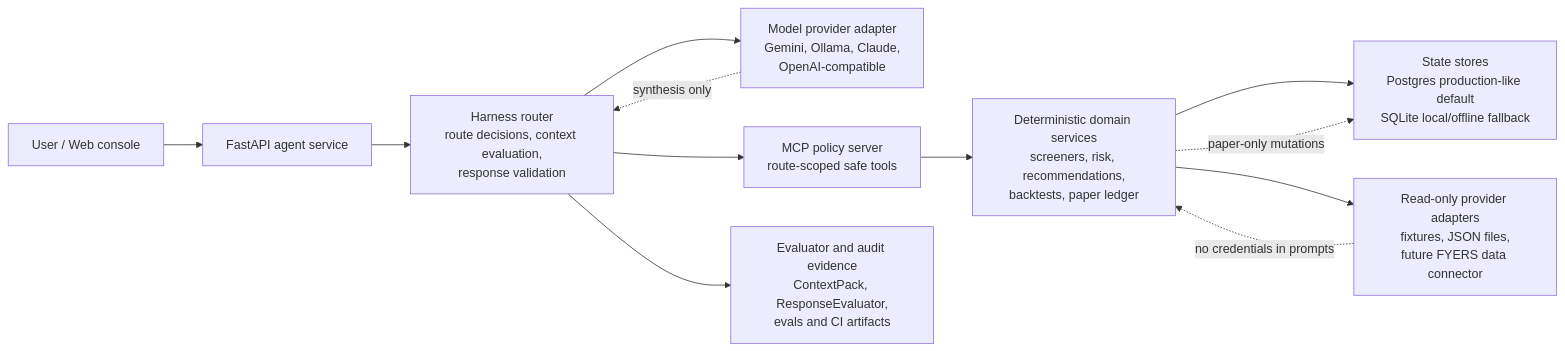
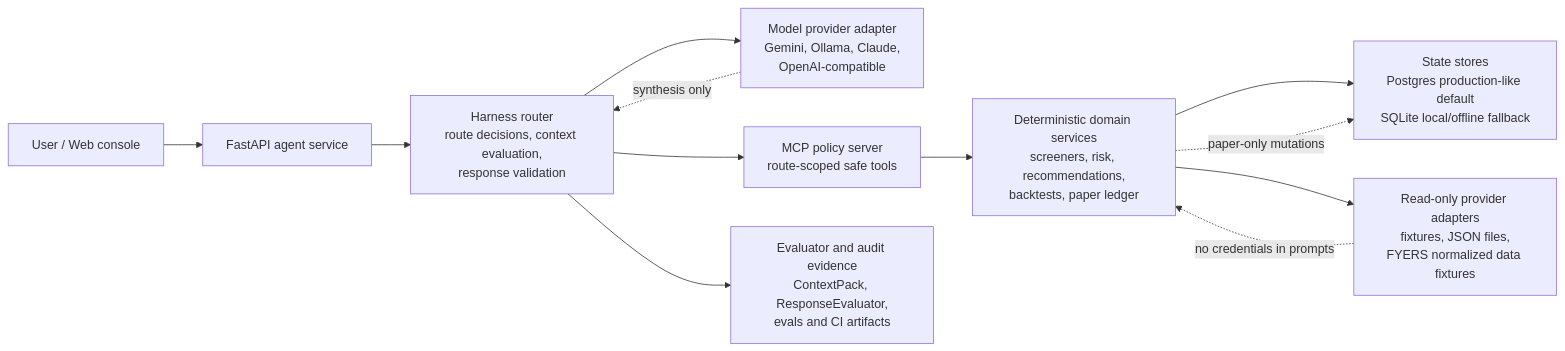
One commit to vinay-raghavan/portfolio-management-agentic changed the first of 2 diagrams in README.md. Above: the diagram before and after it, drawn with Mermaid. The commit also changed other lines of this file and 12 other files, not shown here.

Commit message:
Expand FYERS read-only data tools (#100)

````diff
--- a/README.md
+++ b/README.md
@@ -98,15 +104,15 @@
 ```mermaid
 flowchart LR
     U["User / Web console"] --> API["FastAPI agent service"]
     API --> ROUTE["Harness router<br/>route decisions, context evaluation,<br/>response validation"]
     ROUTE --> MODEL["Model provider adapter<br/>Gemini, Ollama, Claude,<br/>OpenAI-compatible"]
     ROUTE --> MCP["MCP policy server<br/>route-scoped safe tools"]
     MCP --> DOMAIN["Deterministic domain services<br/>screeners, risk, recommendations,<br/>backtests, paper ledger"]
     DOMAIN --> DB["State stores<br/>Postgres production-like default<br/>SQLite local/offline fallback"]
-    DOMAIN --> PROVIDERS["Read-only provider adapters<br/>fixtures, JSON files,<br/>future FYERS data connector"]
+    DOMAIN --> PROVIDERS["Read-only provider adapters<br/>fixtures, JSON files,<br/>FYERS normalized data fixtures"]
     ROUTE --> AUDIT["Evaluator and audit evidence<br/>ContextPack, ResponseEvaluator,<br/>evals and CI artifacts"]
 
     MODEL -. "synthesis only" .-> ROUTE
     PROVIDERS -. "no credentials in prompts" .-> DOMAIN
     DOMAIN -. "paper-only mutations" .-> DB
 ```
````
